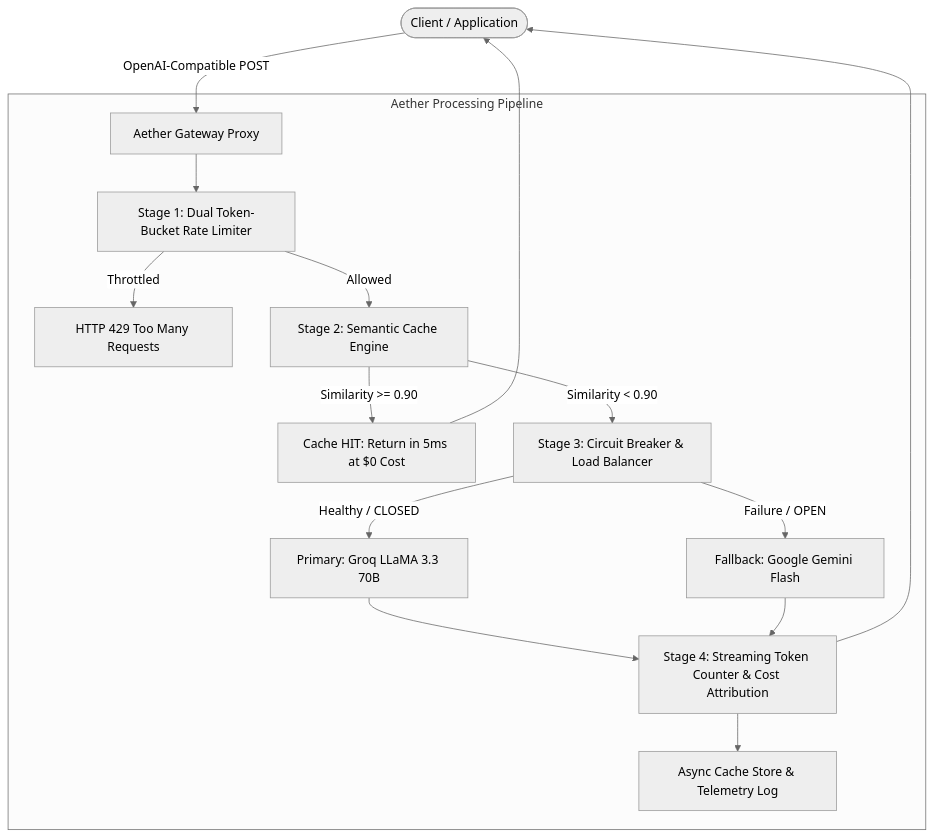
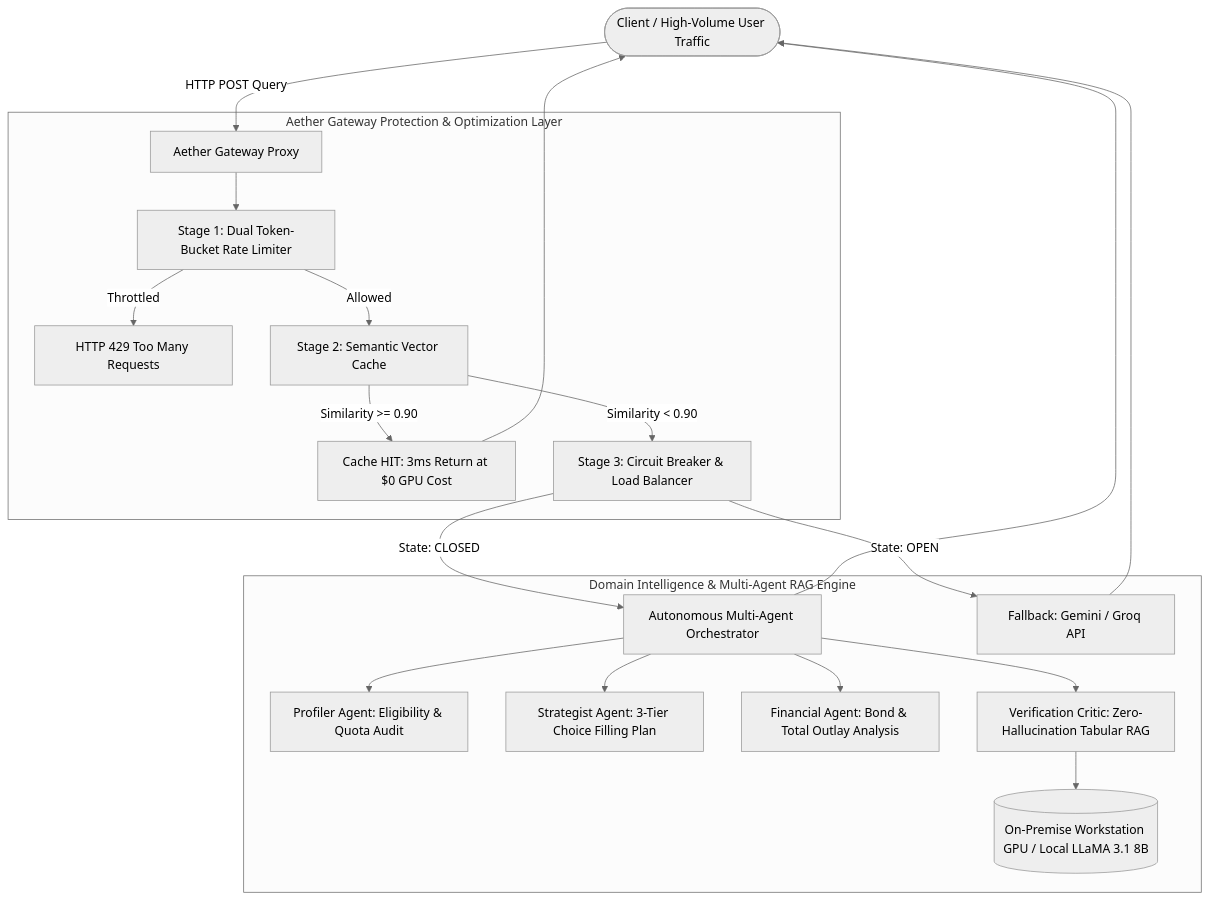
Before and after one commit to FresherMen/Aether-Gateway: the diagram in README.md, drawn with Mermaid (neutral theme). The commit also changed other lines of this file, not shown here.

Commit message:
docs: upgrade architecture to unified AI Gateway, Semantic Cache & Multi-Agent Intelligence

````diff
--- a/README.md
+++ b/README.md
@@ -15,23 +15,29 @@
 ```mermaid
 graph TD
-    Client([Client / Application]) -->|OpenAI-Compatible POST| Gateway[Aether Gateway Proxy]
+    Client([Client / High-Volume User Traffic]) -->|HTTP POST Query| Gateway[Aether Gateway Proxy]
     
-    subgraph Pipeline [Aether Processing Pipeline]
+    subgraph Aether_Gateway_Core [Aether Gateway Protection & Optimization Layer]
         Gateway --> Stage1[Stage 1: Dual Token-Bucket Rate Limiter]
         Stage1 -->|Throttled| Reject[HTTP 429 Too Many Requests]
-        Stage1 -->|Allowed| Stage2[Stage 2: Semantic Cache Engine]
+        Stage1 -->|Allowed| Stage2[Stage 2: Semantic Vector Cache]
         
-        Stage2 -->|Similarity >= 0.90| CacheHit[Cache HIT: Return in 5ms at $0 Cost]
+        Stage2 -->|Similarity >= 0.90| CacheHit[Cache HIT: 3ms Return at $0 GPU Cost]
         Stage2 -->|Similarity < 0.90| Stage3[Stage 3: Circuit Breaker & Load Balancer]
+    end
+    
+    subgraph Multi_Agent_Domain_Services [Domain Intelligence & Multi-Agent RAG Engine]
+        Stage3 -->|State: CLOSED| AgentRouter[Autonomous Multi-Agent Orchestrator]
+        Stage3 -->|State: OPEN| CloudFallback[Fallback: Gemini / Groq API]
         
-        Stage3 -->|Healthy / CLOSED| Primary[Primary: Groq LLaMA 3.3 70B]
-        Stage3 -->|Failure / OPEN| Fallback[Fallback: Google Gemini Flash]
+        AgentRouter --> Agent1[Profiler Agent: Eligibility & Quota Audit]
+        AgentRouter --> Agent2[Strategist Agent: 3-Tier Choice Filling Plan]
+        AgentRouter --> Agent3[Financial Agent: Bond & Total Outlay Analysis]
+        AgentRouter --> Agent4[Verification Critic: Zero-Hallucination Tabular RAG]
         
-        Primary --> Stage4[Stage 4: Streaming Token Counter & Cost Attribution]
-        Fallback --> Stage4
-        Stage4 --> CacheStore[Async Cache Store & Telemetry Log]
+        Agent4 --> OnPremGPU[(On-Premise Workstation GPU / Local LLaMA 3.1 8B)]
     end
     
     CacheHit --> Client
-    Stage4 --> Client
+    AgentRouter --> Client
+    CloudFallback --> Client
 ```
````
